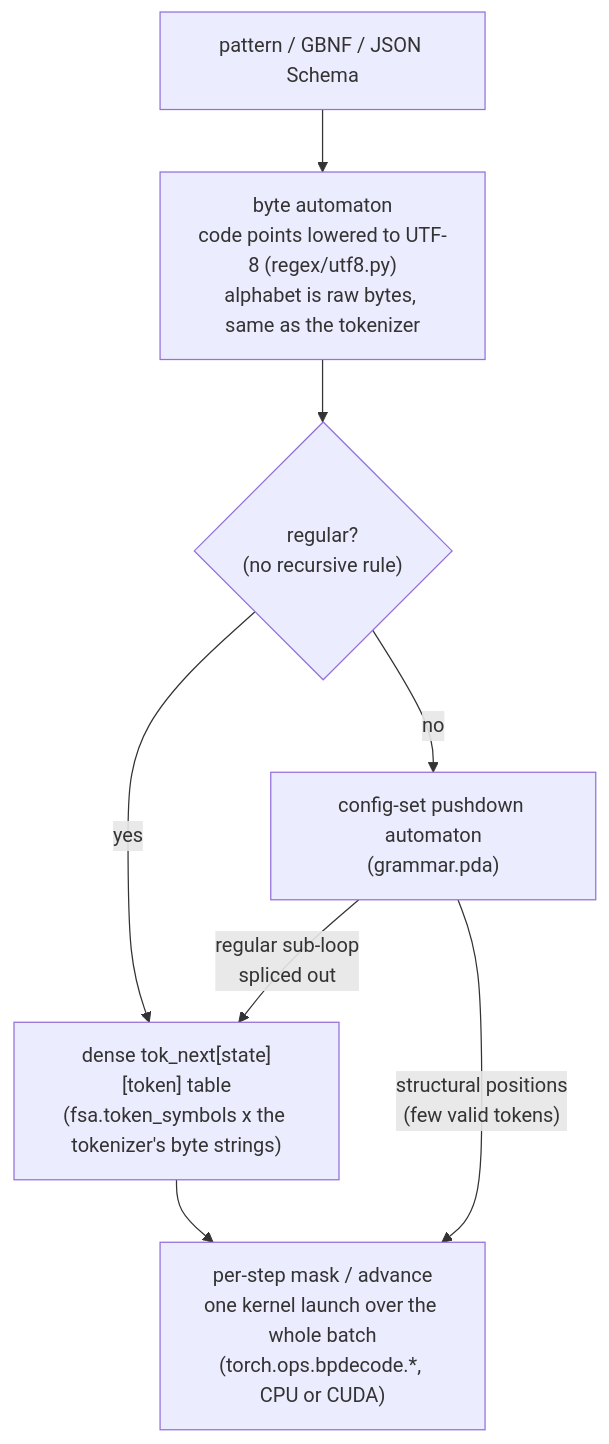
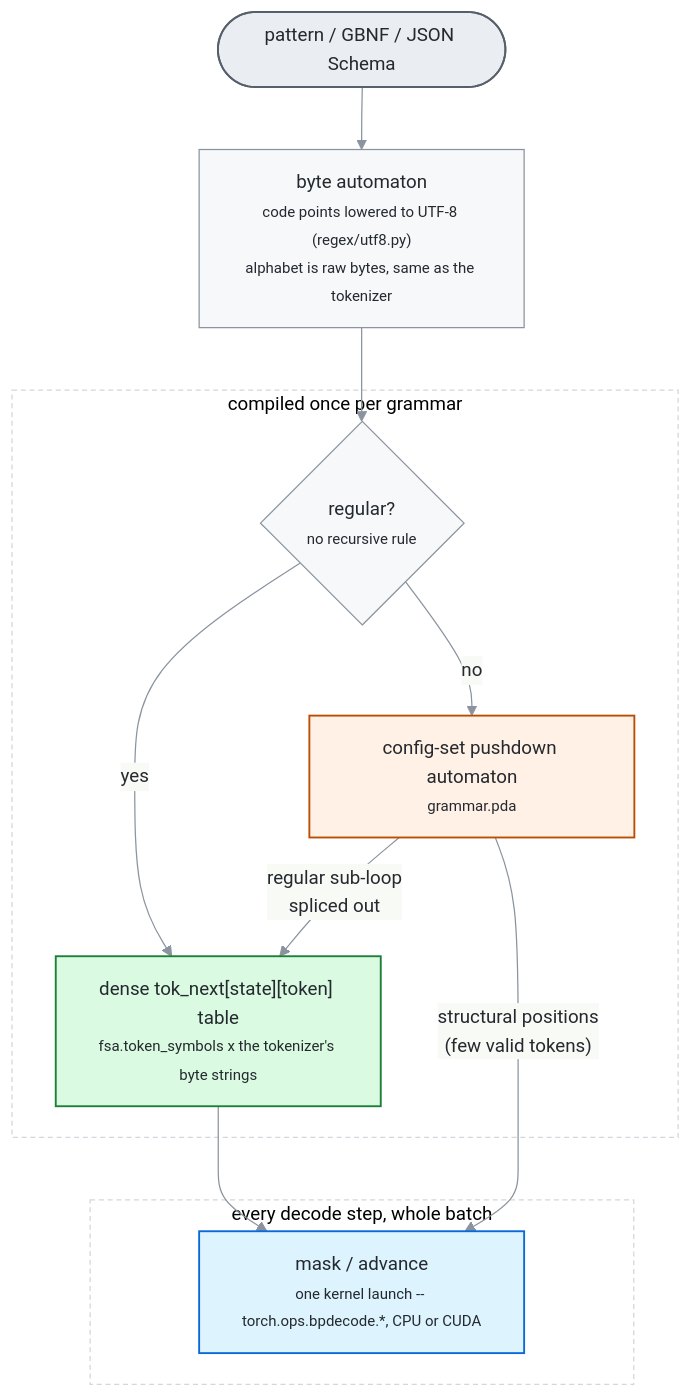
The second of 2 diagrams in README.md (zanarashidi/bpdecode), drawn with Mermaid before and after one commit. The commit also changed other lines of this file, not shown here.

Commit message:
README: restyle diagrams with color and structure
Group the flowchart into compile-time vs per-step subgraphs with
color-coded node classes (fast/slow/kernel paths); add autonumbering
and a highlighted loop region to the sequence diagram.

Claude-Session: https://claude.ai/code/session_01LHVxmUChyidsrM3gYY2vNt

````diff
--- a/README.md
+++ b/README.md
@@ -131,10 +135,30 @@
 ```mermaid
+%%{init: {"theme": "base", "themeVariables": {"primaryColor": "#f6f8fa", "primaryTextColor": "#24292f", "primaryBorderColor": "#8b949e", "lineColor": "#8b949e", "fontSize": "15px"}}}%%
 flowchart TD
-    A["pattern / GBNF / JSON Schema"] --> B["byte automaton<br/>code points lowered to UTF-8 (regex/utf8.py)<br/>alphabet is raw bytes, same as the tokenizer"]
-    B --> C{"regular?<br/>(no recursive rule)"}
-    C -- yes --> D["dense tok_next[state][token] table<br/>(fsa.token_symbols x the tokenizer's byte strings)"]
-    C -- no --> E["config-set pushdown automaton<br/>(grammar.pda)"]
-    E -- "regular sub-loop<br/>spliced out" --> D
-    D --> F["per-step mask / advance<br/>one kernel launch over the whole batch<br/>(torch.ops.bpdecode.*, CPU or CUDA)"]
+    A(["pattern / GBNF / JSON Schema"]) --> B["byte automaton<br/><span style='font-size:12px'>code points lowered to UTF-8 (regex/utf8.py)<br/>alphabet is raw bytes, same as the tokenizer</span>"]
+    B --> C{"regular?<br/><span style='font-size:12px'>no recursive rule</span>"}
+
+    subgraph compile["compiled once per grammar"]
+        C -- yes --> D["dense tok_next[state][token] table<br/><span style='font-size:12px'>fsa.token_symbols x the tokenizer's byte strings</span>"]
+        C -- no --> E["config-set pushdown automaton<br/><span style='font-size:12px'>grammar.pda</span>"]
+        E -- "regular sub-loop<br/>spliced out" --> D
+    end
+
+    subgraph step["every decode step, whole batch"]
+        F["mask / advance<br/><span style='font-size:12px'>one kernel launch -- torch.ops.bpdecode.*, CPU or CUDA</span>"]
+    end
+
+    D --> F
     E -- "structural positions<br/>(few valid tokens)" --> F
+
+    classDef entry fill:#eaeef2,stroke:#57606a,stroke-width:1.5px,color:#24292f
+    classDef fast fill:#dafbe1,stroke:#1a7f37,stroke-width:1.5px,color:#24292f
+    classDef slow fill:#fff1e5,stroke:#bc4c00,stroke-width:1.5px,color:#24292f
+    classDef kernel fill:#ddf4ff,stroke:#0969da,stroke-width:1.5px,color:#24292f
+    class A entry
+    class D fast
+    class E slow
+    class F kernel
+    style compile fill:none,stroke:#d0d7de,stroke-dasharray: 4 3
+    style step fill:none,stroke:#d0d7de,stroke-dasharray: 4 3
 ```
````
